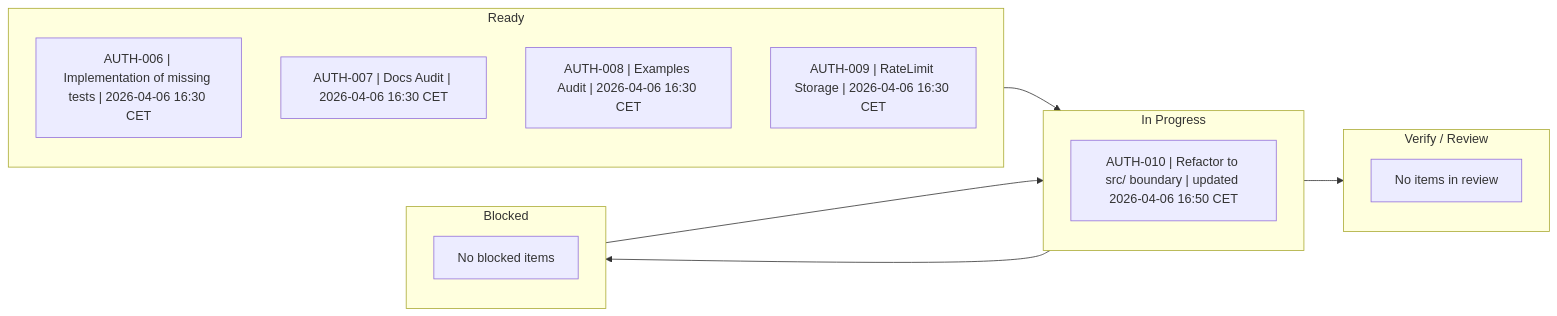
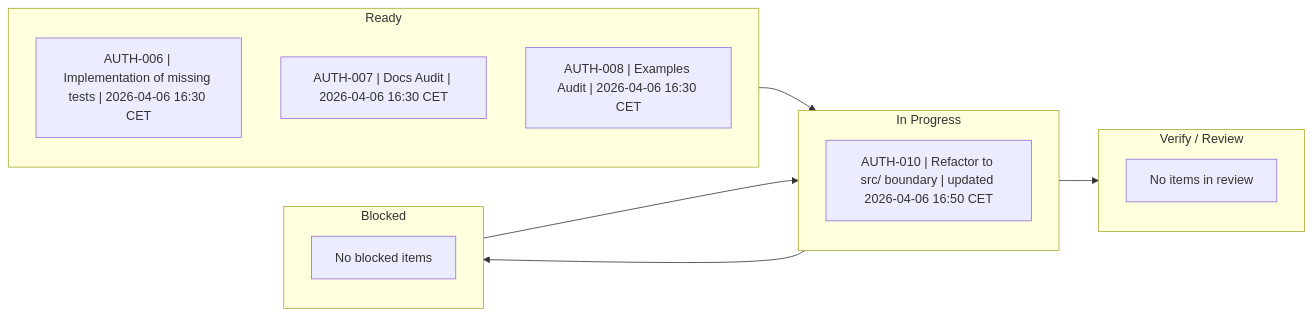
The diagram in Foundation/Auth/.agents/management/ACTIVE.md (shomsy/avax), drawn with Mermaid before and after one commit. The commit also changed 33 other files, not shown here.

````diff
--- a/Foundation/Auth/.agents/management/ACTIVE.md
+++ b/Foundation/Auth/.agents/management/ACTIVE.md
@@ -7,26 +7,25 @@
 ```mermaid
 flowchart LR
     subgraph Ready["Ready"]
         R1["AUTH-006 | Implementation of missing tests | 2026-04-06 16:30 CET"]
         R2["AUTH-007 | Docs Audit | 2026-04-06 16:30 CET"]
         R3["AUTH-008 | Examples Audit | 2026-04-06 16:30 CET"]
-        R4["AUTH-009 | RateLimit Storage | 2026-04-06 16:30 CET"]
     end
 
     subgraph InProgress["In Progress"]
         P1["AUTH-010 | Refactor to src/ boundary | updated 2026-04-06 16:50 CET"]
     end
 
     subgraph Blocked["Blocked"]
         B0["No blocked items"]
     end
 
     subgraph Verify["Verify / Review"]
         V0["No items in review"]
     end
 
     Ready --> InProgress
     InProgress --> Verify
     InProgress --> Blocked
     Blocked --> InProgress
 ```
````
